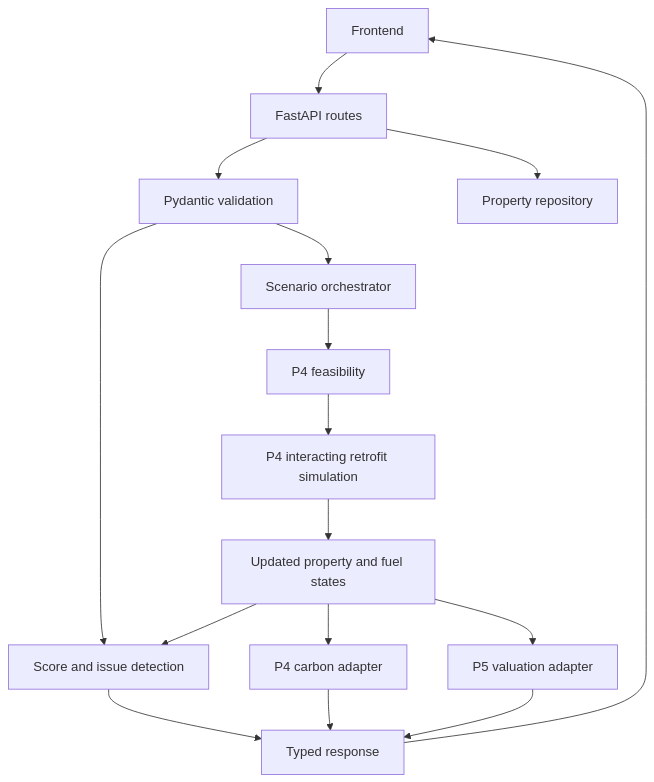
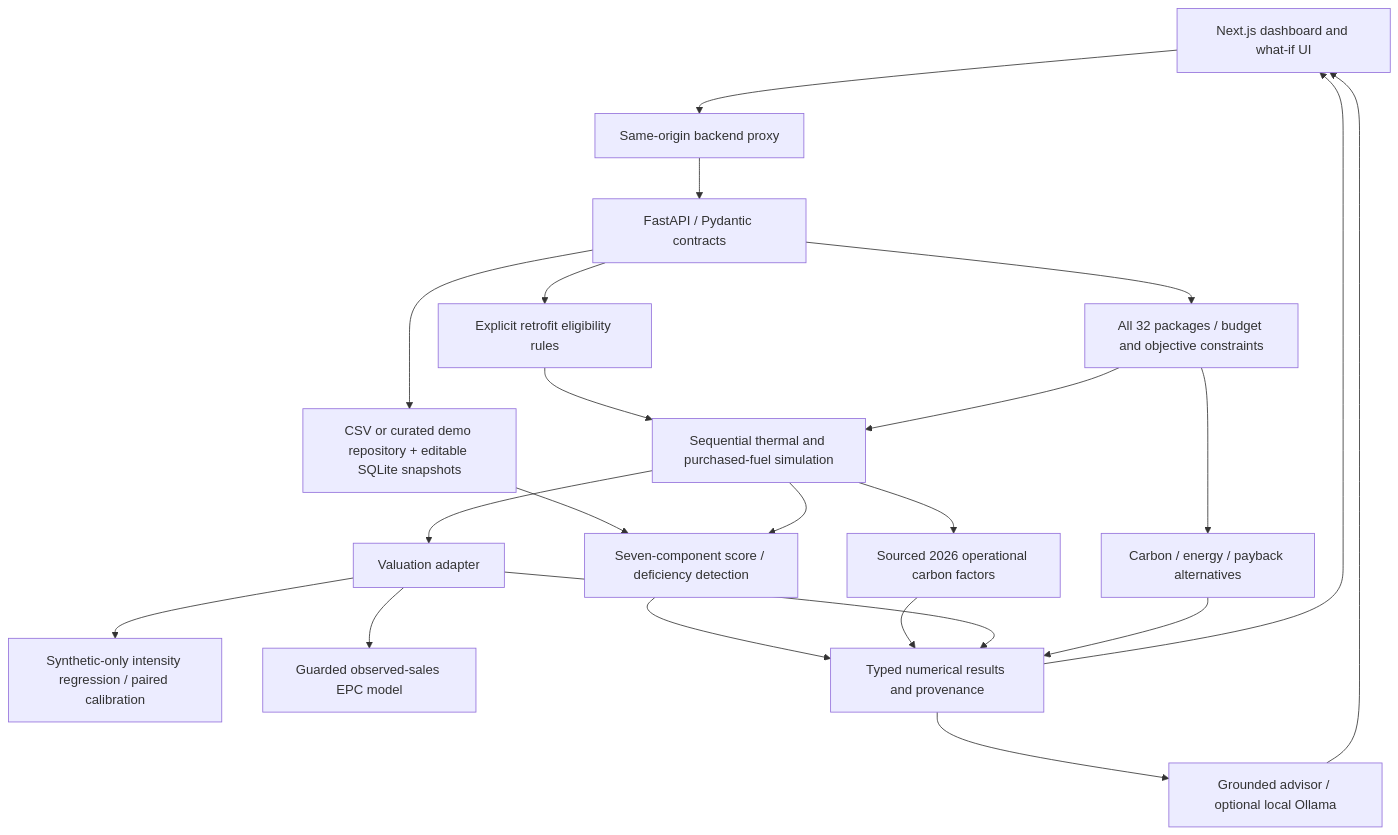
One commit to SomyadeepTarat/Megathon changed the diagram in docs/backend_architecture.md. Above: the diagram before and after it, drawn with Mermaid. The commit also changed other lines of this file and 50 other files, not shown here.

Commit message:
make the frontend demo updated and better

````diff
--- a/docs/backend_architecture.md
+++ b/docs/backend_architecture.md
@@ -3,18 +3,24 @@
 ```mermaid
 flowchart TD
-    UI[Frontend] --> API[FastAPI routes]
-    API --> Models[Pydantic validation]
-    API --> Repo[Property repository]
-    Models --> Score[Score and issue detection]
-    Models --> Scenario[Scenario orchestrator]
-    Scenario --> Feasible[P4 feasibility]
-    Feasible --> Simulate[P4 interacting retrofit simulation]
-    Simulate --> After[Updated property and fuel states]
-    After --> Score
-    After --> Carbon[P4 carbon adapter]
-    After --> Value[P5 valuation adapter]
-    Score --> Response[Typed response]
-    Carbon --> Response
-    Value --> Response
-    Response --> UI
+    UI[Next.js dashboard and what-if UI] --> Proxy[Same-origin backend proxy]
+    Proxy --> API[FastAPI / Pydantic contracts]
+    API --> Repo[CSV or curated demo repository + editable SQLite snapshots]
+    Repo --> Score[Seven-component score / deficiency detection]
+    API --> Feasibility[Explicit retrofit eligibility rules]
+    Feasibility --> Sim[Sequential thermal and purchased-fuel simulation]
+    Sim --> Score
+    Sim --> Carbon[Sourced 2026 operational carbon factors]
+    Sim --> Val[Valuation adapter]
+    Val --> Synthetic[Synthetic-only intensity regression / paired calibration]
+    Val --> Observed[Guarded observed-sales EPC model]
+    API --> Optimize[All 32 packages / budget and objective constraints]
+    Optimize --> Sim
+    Optimize --> Choices[Carbon / energy / payback alternatives]
+    Score --> Results[Typed numerical results and provenance]
+    Carbon --> Results
+    Val --> Results
+    Choices --> Results
+    Results --> UI
+    Results --> Advisor[Grounded advisor / optional local Ollama]
+    Advisor --> UI
 ```
````
